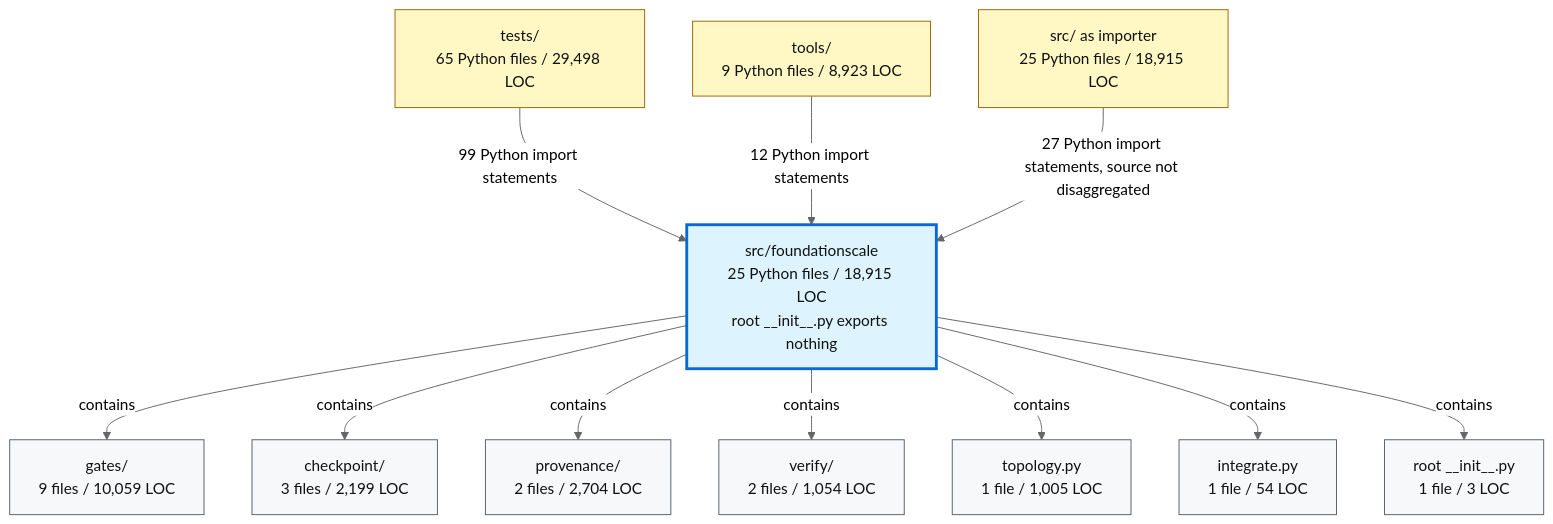
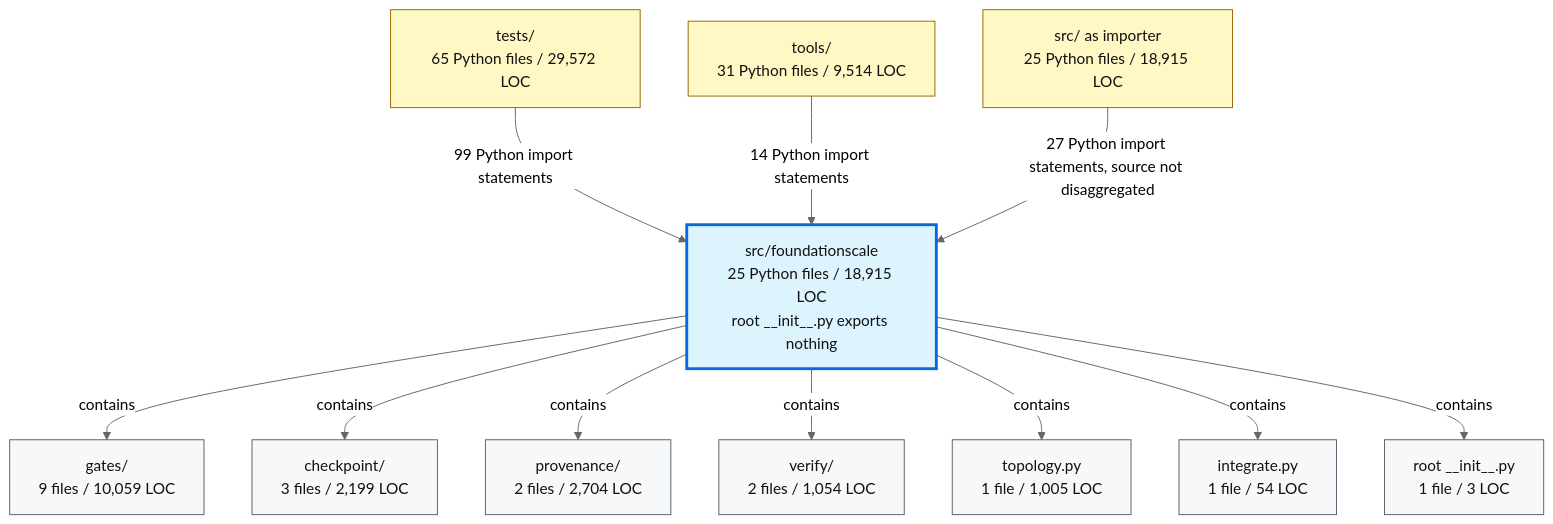
Before and after one commit to TranNhiem/FoundationScale: the second of 2 diagrams in docs/review/D2_current_architecture.md, drawn with Mermaid (neutral theme). The commit also changed other lines of this file and 36 other files, not shown here.

````diff
--- a/docs/review/D2_current_architecture.md
+++ b/docs/review/D2_current_architecture.md
@@ -97,36 +97,36 @@
 ```mermaid
 flowchart TB
-  TESTS["tests/<br/>65 Python files / 29,498 LOC"]
-  TOOLS["tools/<br/>9 Python files / 8,923 LOC"]
+  TESTS["tests/<br/>65 Python files / 29,572 LOC"]
+  TOOLS["tools/<br/>31 Python files / 9,514 LOC"]
   SRC["src/ as importer<br/>25 Python files / 18,915 LOC"]
 
   FS["src/foundationscale<br/>25 Python files / 18,915 LOC<br/>root __init__.py exports nothing"]
 
   GATES["gates/<br/>9 files / 10,059 LOC"]
   CKPT["checkpoint/<br/>3 files / 2,199 LOC"]
   PROV["provenance/<br/>2 files / 2,704 LOC"]
   VERIFY["verify/<br/>2 files / 1,054 LOC"]
   TOPO["topology.py<br/>1 file / 1,005 LOC"]
   INTEG["integrate.py<br/>1 file / 54 LOC"]
   ROOT["root __init__.py<br/>1 file / 3 LOC"]
 
   TESTS -->|"99 Python import statements"| FS
-  TOOLS -->|"12 Python import statements"| FS
+  TOOLS -->|"14 Python import statements"| FS
   SRC -->|"27 Python import statements, source not disaggregated"| FS
 
   FS -->|"contains"| GATES
   FS -->|"contains"| CKPT
   FS -->|"contains"| PROV
   FS -->|"contains"| VERIFY
   FS -->|"contains"| TOPO
   FS -->|"contains"| INTEG
   FS -->|"contains"| ROOT
 
   classDef consumer fill:#fff8c5,stroke:#9a6700,color:#111;
   classDef package fill:#ddf4ff,stroke:#0969da,stroke-width:3px,color:#111;
   classDef module fill:#f6f8fa,stroke:#57606a,color:#111;
 
   class TESTS,TOOLS,SRC consumer;
   class FS package;
   class GATES,CKPT,PROV,VERIFY,TOPO,INTEG,ROOT module;
 ```
````
